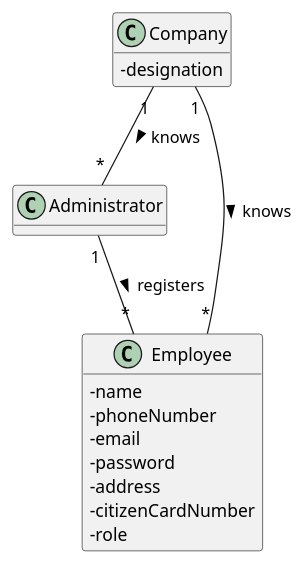
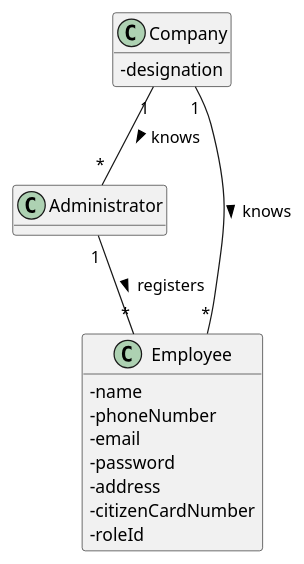
One commit to miseEnPlace-i/lapr2 changed the diagram in docs/SprintB/US10/DM/US10_DM.puml. Above: the diagram before and after it, drawn with PlantUML. The commit also changed 1 other file, not shown here.

```diff
--- a/docs/SprintB/US10/DM/US10_DM.puml
+++ b/docs/SprintB/US10/DM/US10_DM.puml
@@ -1,26 +1,26 @@
 @startuml US10_DM
 hide methods
 skinparam classAttributeIconSize 0
 
 class Company {
   -designation
 }
 
 class Administrator {
 }
 
 class Employee {
   -name
   -phoneNumber
   -email
   -password
   -address
   -citizenCardNumber
-  -role
+  -roleId
 }
 
 Company "1" -- "*" Administrator : knows >
 Company "1" -- "*" Employee : knows >
 Administrator "1" -- "*" Employee : registers >
 
 @enduml
```
